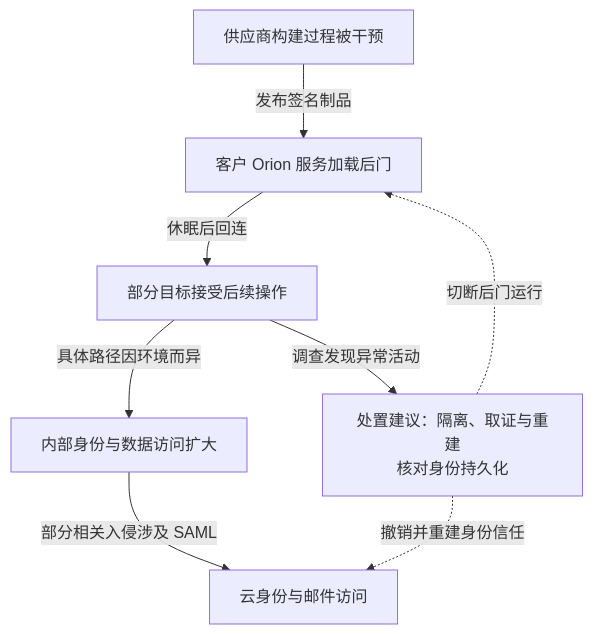
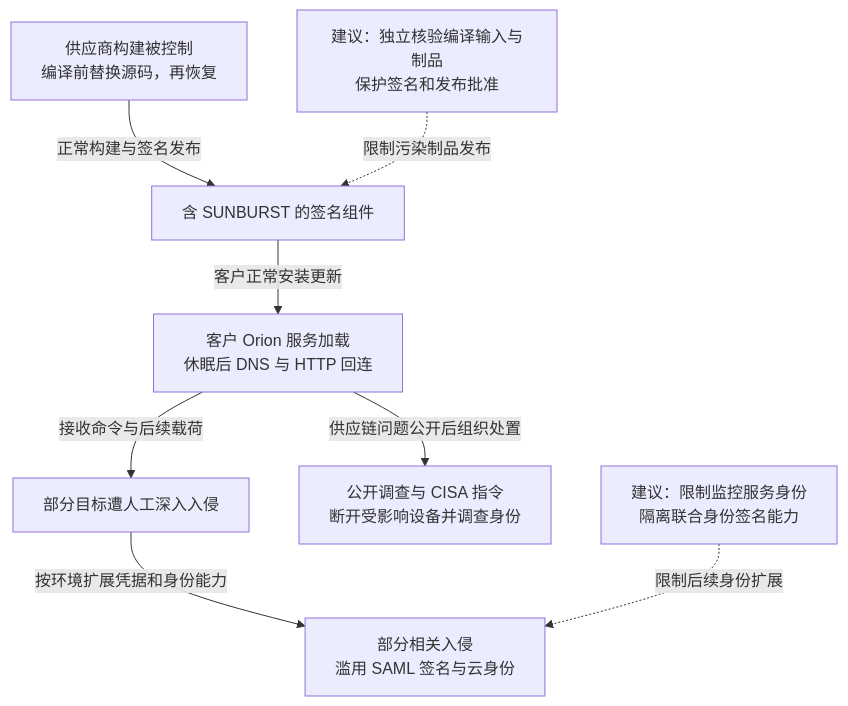
One commit to FeeiCN/FEEI.CN changed the diagram in docs/01-网络安全/01-网络空间安全/01-安全威胁/01-历史攻击事件/2020-SolarWinds供应链入侵事件分析.md. Above: the diagram before and after it, drawn with Mermaid. The commit also changed other lines of this file and 21 other files, not shown here.

````diff
--- a/docs/01-网络安全/01-网络空间安全/01-安全威胁/01-历史攻击事件/2020-SolarWinds供应链入侵事件分析.md
+++ b/docs/01-网络安全/01-网络空间安全/01-安全威胁/01-历史攻击事件/2020-SolarWinds供应链入侵事件分析.md
@@ -27,14 +43,23 @@
 ```mermaid
 flowchart TB
-  accTitle: 从可信更新到下游持久访问
-  accDescr: 攻击者在构建中注入后门，客户安装签名更新后产生回连，部分目标被进一步人工入侵。相关调查观察到凭证和联合身份持久化；这些并非全部客户的共同经过。响应需核对制品、主机及身份。
-  a["供应商构建过程被干预"] -->|发布签名制品| b["客户 Orion 服务加载后门"]
-  b -->|休眠后回连| c["部分目标接受后续操作"]
-  c -->|具体路径因环境而异| d["内部身份与数据访问扩大"]
-  d -->|部分相关入侵涉及 SAML| e["云身份与邮件访问"]
-  c -->|调查发现异常活动| r["处置建议：隔离、取证与重建<br/>核对身份持久化"]
-  r -. 切断后门运行 .-> b
-  r -. 撤销并重建身份信任 .-> e
-  class a,b,c,d main
-  class r response
+  accTitle: 构建污染怎样跨越发布与客户身份边界
+  accDescr: SUNSPOT 临时替换构建源码，签名更新分发 SUNBURST，客户服务加载并回连。部分相关入侵继续滥用内部凭据或 SAML 签名。公开调查后要求断开设备；虚线连接建议控制，部分路径并非全部客户的共同经过。
+  build["供应商构建被控制<br/>编译前替换源码，再恢复"]
+  release["含 SUNBURST 的签名组件"]
+  service["客户 Orion 服务加载<br/>休眠后 DNS 与 HTTP 回连"]
+  follow["部分目标遭人工深入入侵"]
+  saml["部分相关入侵<br/>滥用 SAML 签名与云身份"]
+  response["公开调查与 CISA 指令<br/>断开受影响设备并调查身份"]
+  supplyControl["建议：独立核验编译输入与制品<br/>保护签名和发布批准"]
+  identityControl["建议：限制监控服务身份<br/>隔离联合身份签名能力"]
+  build -->|正常构建与签名发布| release
+  release -->|客户正常安装更新| service
+  service -->|接收命令与后续载荷| follow
+  follow -->|按环境扩展凭据和身份能力| saml
+  service -->|供应链问题公开后组织处置| response
+  supplyControl -. 限制污染制品发布 .-> release
+  identityControl -. 限制后续身份扩展 .-> saml
+  class build,release,service,follow,saml main
+  class response response
+  class supplyControl,identityControl note
 ```
````
